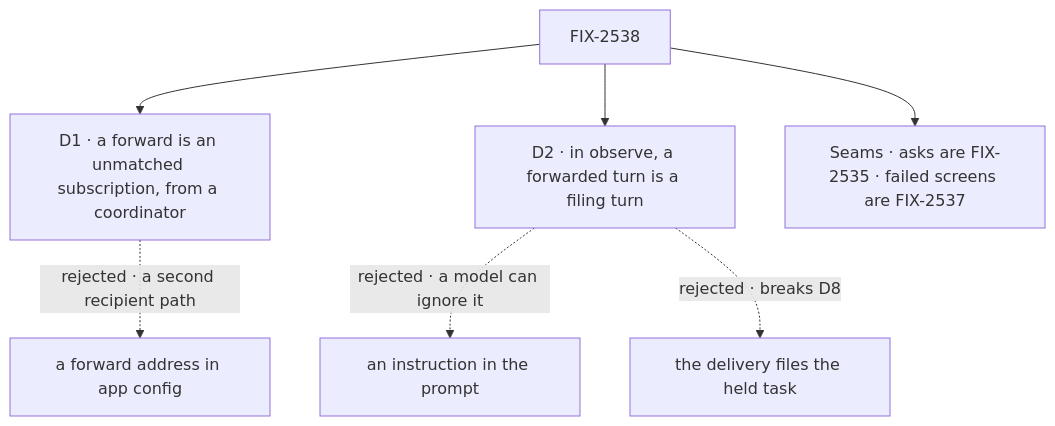
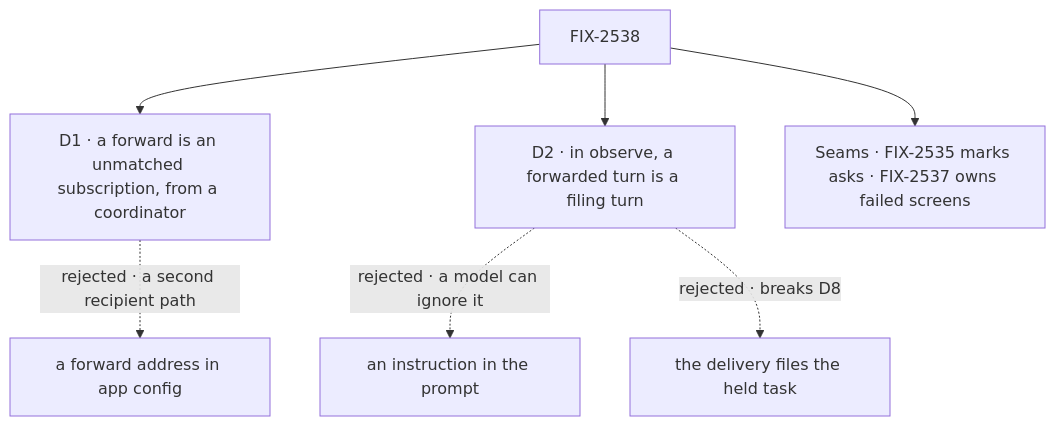
Before and after one commit to fixpoint-labs/flow-state-dev: the diagram in specs/issues/FIX-2538/DECISIONS.md, drawn with Mermaid. The commit also changed other lines of this file and 1 other file, not shown here.

First line of the commit message:
spec(FIX-2538): asks read FIX-2535's addressed, run in every mode

````diff
--- a/specs/issues/FIX-2538/DECISIONS.md
+++ b/specs/issues/FIX-2538/DECISIONS.md
@@ -9,9 +9,9 @@
 ```mermaid
 flowchart TD
   I["FIX-2538"] --> D1["D1 · a forward is an unmatched subscription, from a coordinator"]
   D1 -.->|"rejected · a second recipient path"| X1["a forward address in app config"]
   I --> D2["D2 · in observe, a forwarded turn is a filing turn"]
   D2 -.->|"rejected · a model can ignore it"| X2["an instruction in the prompt"]
   D2 -.->|"rejected · breaks D8"| X3["the delivery files the held task"]
-  I --> S["Seams · asks are FIX-2535 · failed screens are FIX-2537"]
+  I --> S["Seams · FIX-2535 marks asks · FIX-2537 owns failed screens"]
 ```
````
